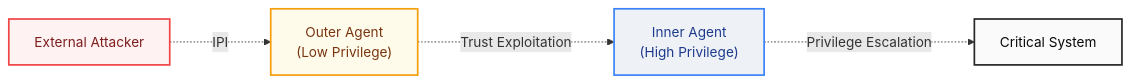
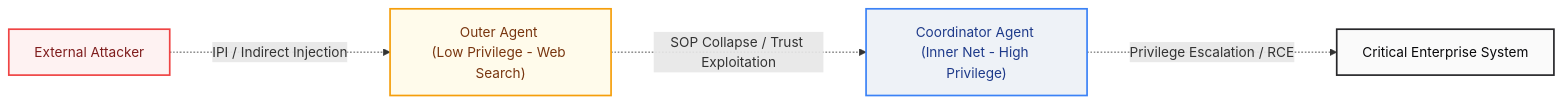
One commit to yusufarbc/yusufarbc changed the third of 3 diagrams in website/content/agentic-ai-protocols-security-vulnerabilities/en.md. Above: the diagram before and after it, drawn with Mermaid. The commit also changed other lines of this file and 1 other file, not shown here.

````diff
--- a/website/content/agentic-ai-protocols-security-vulnerabilities/en.md
+++ b/website/content/agentic-ai-protocols-security-vulnerabilities/en.md
@@ -517,17 +547,17 @@
 ```mermaid
 graph LR
     %% Style Definitions
     classDef threat fill:#fef2f2,stroke:#ef4444,stroke-width:2px,color:#7f1d1d;
     classDef lowPriv fill:#fffbeb,stroke:#f59e0b,stroke-width:2px,color:#78350f;
     classDef highPriv fill:#eef2f7,stroke:#3b82f6,stroke-width:2px,color:#1e3a8a;
     classDef critical fill:#fafafa,stroke:#27272a,stroke-width:2px,color:#09090b;
 
-    A["External Attacker"] -..->|IPI| B["Outer Agent <br>(Low Privilege)"]
-    B -..->|Trust Exploitation| C["Inner Agent <br>(High Privilege)"]
-    C -..->|Privilege Escalation| D["Critical System"]
+    A["External Attacker"] -..->|IPI / Indirect Injection| B["Outer Agent <br>(Low Privilege - Web Search)"]
+    B -..->|SOP Collapse / Trust Exploitation| C["Coordinator Agent <br>(Inner Net - High Privilege)"]
+    C -..->|Privilege Escalation / RCE| D["Critical Enterprise System"]
 
     class A threat;
     class B lowPriv;
     class C highPriv;
     class D critical;
 ```
````
